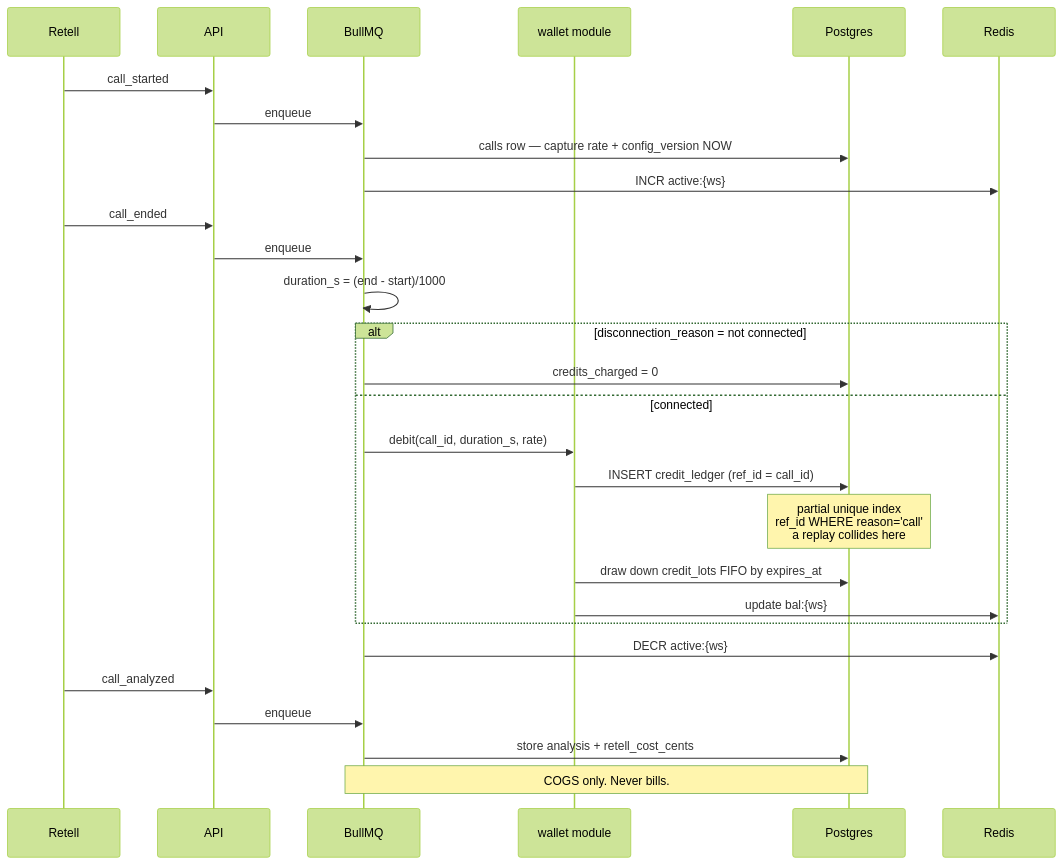
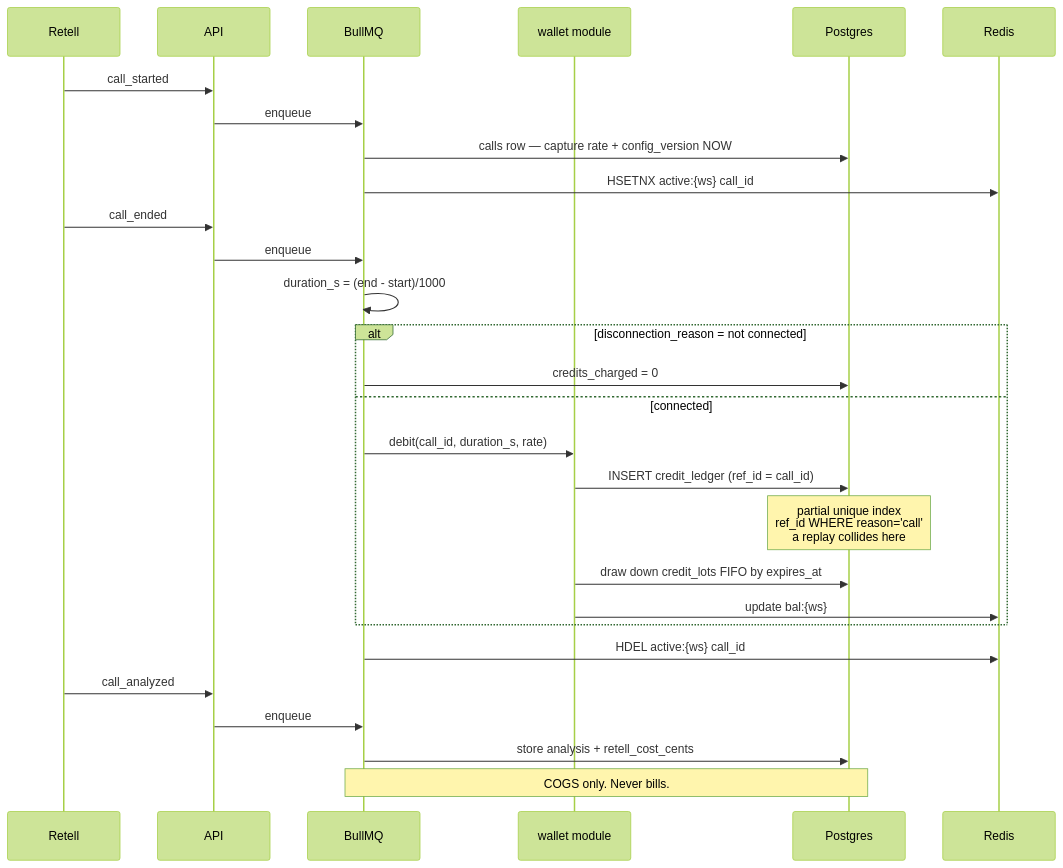
Before and after one commit to saksham-metacognixion/Voice-Agent: diagram 16 of 22 in docs/architecture.md, drawn with Mermaid (forest theme). The commit also changed other lines of this file and 115 other files, not shown here.

````diff
--- a/docs/architecture.md
+++ b/docs/architecture.md
@@ -817,33 +828,33 @@
 ```mermaid
 sequenceDiagram
     participant RT as Retell
     participant API
     participant Q as BullMQ
     participant WL as wallet module
     participant PG as Postgres
     participant RD as Redis
 
     RT->>API: call_started
     API->>Q: enqueue
     Q->>PG: calls row — capture rate + config_version NOW
-    Q->>RD: INCR active:{ws}
+    Q->>RD: HSETNX active:{ws} call_id
 
     RT->>API: call_ended
     API->>Q: enqueue
     Q->>Q: duration_s = (end - start)/1000
     alt disconnection_reason = not connected
         Q->>PG: credits_charged = 0
     else connected
         Q->>WL: debit(call_id, duration_s, rate)
         WL->>PG: INSERT credit_ledger (ref_id = call_id)
         Note over PG: partial unique index<br/>ref_id WHERE reason='call'<br/>a replay collides here
         WL->>PG: draw down credit_lots FIFO by expires_at
         WL->>RD: update bal:{ws}
     end
-    Q->>RD: DECR active:{ws}
+    Q->>RD: HDEL active:{ws} call_id
 
     RT->>API: call_analyzed
     API->>Q: enqueue
     Q->>PG: store analysis + retell_cost_cents
     Note over Q,PG: COGS only. Never bills.
 ```
````
